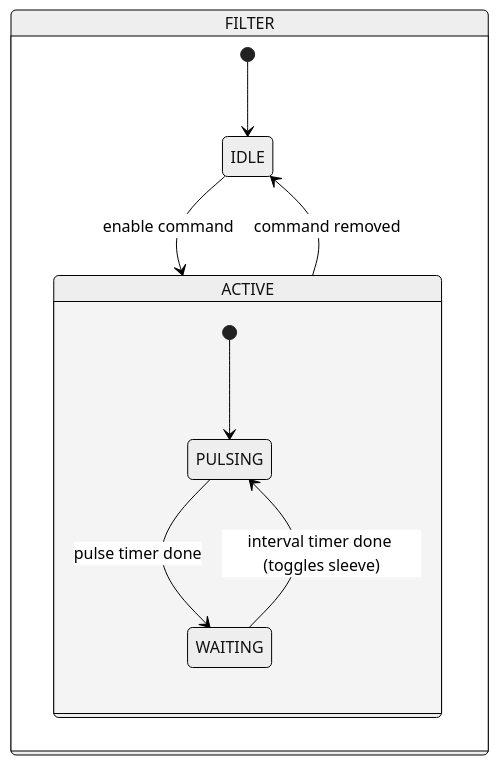
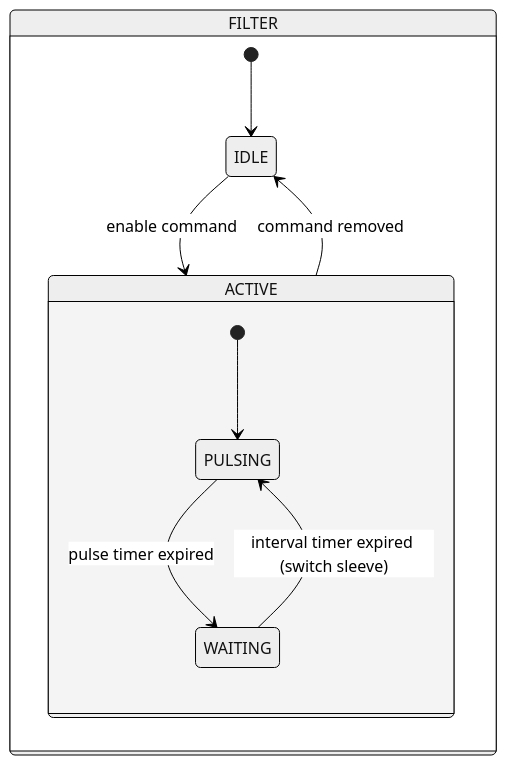
One commit to AleFire99/TIA_knowledge changed the second of 2 diagrams in docs/en/library/filters/2-sleeves/index.md. Above: the diagram before and after it, drawn with Mermaid (neutral theme). The commit also changed other lines of this file and 27 other files, not shown here.

````diff
--- a/docs/en/library/filters/2-sleeves/index.md
+++ b/docs/en/library/filters/2-sleeves/index.md
@@ -100,14 +94,14 @@
 ```mermaid
 stateDiagram-v2
 state FILTER{
     [*] --> IDLE
     IDLE --> ACTIVE : enable command
     ACTIVE --> IDLE : command removed
 
     state ACTIVE {
         [*] --> PULSING
-        PULSING --> WAITING : pulse timer done
-        WAITING --> PULSING : interval timer done (toggles sleeve)
+        PULSING --> WAITING : pulse timer expired
+        WAITING --> PULSING : interval timer expired (switch sleeve)
     }
 }
 ```
````
